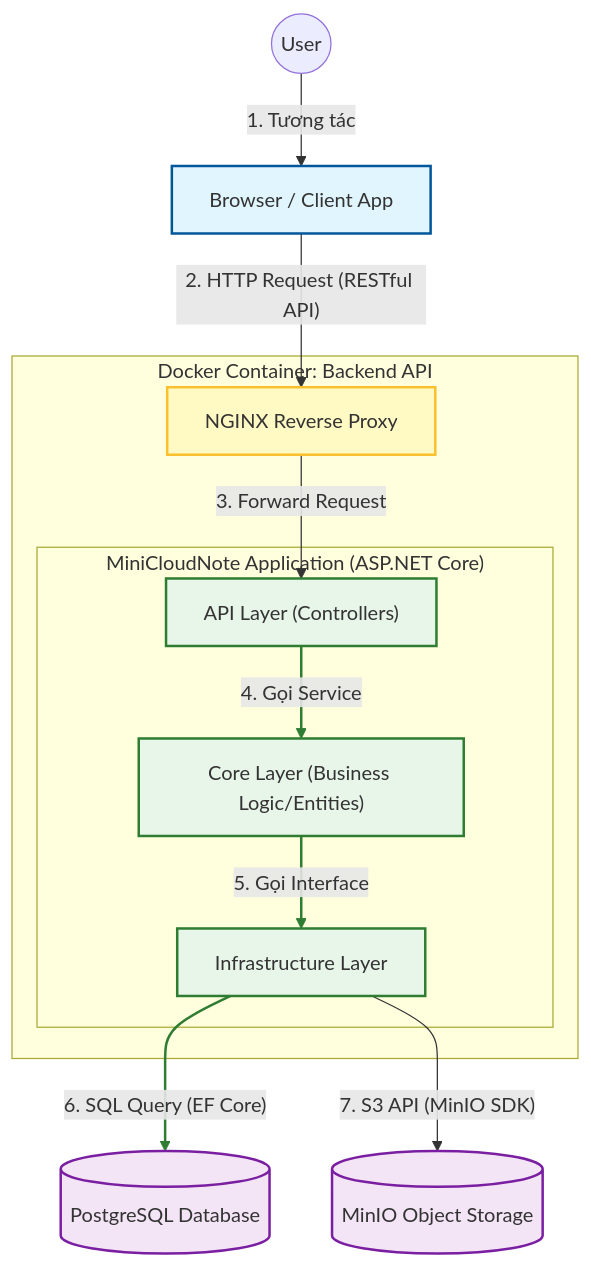
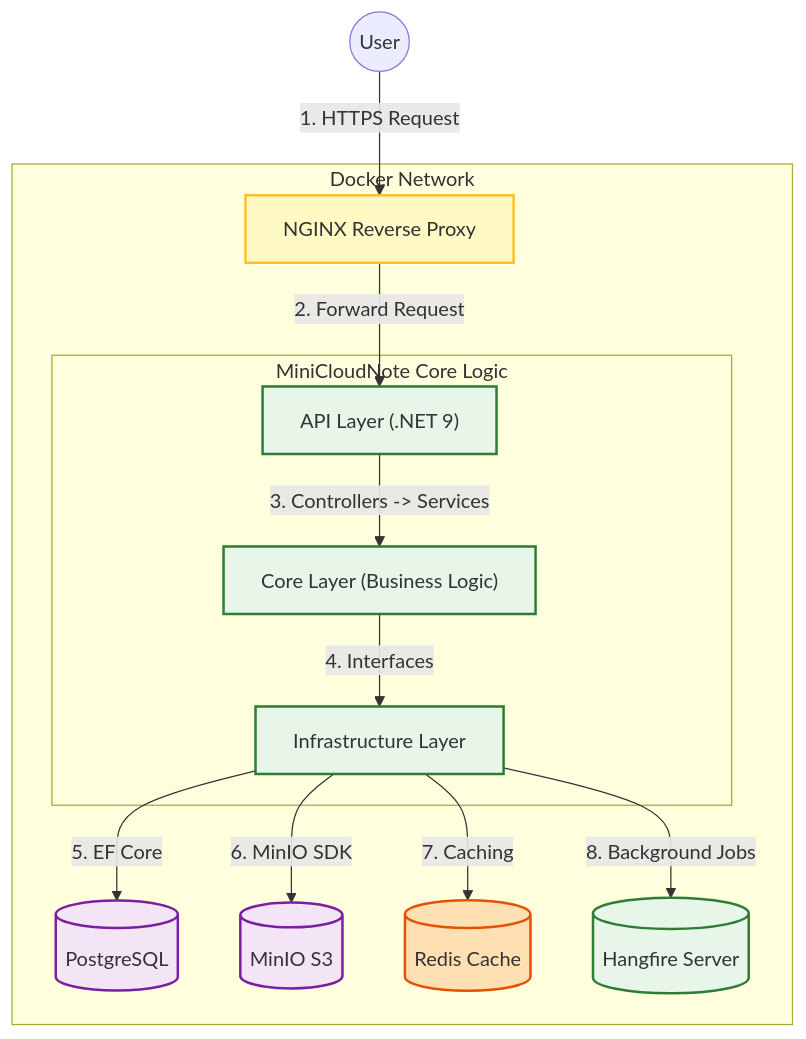
One commit to PHThai254/MiniCloudNote changed the diagram in README.md. Above: the diagram before and after it, drawn with Mermaid. The commit also changed other lines of this file, not shown here.

````diff
--- a/README.md
+++ b/README.md
@@ -15,31 +29,28 @@
 ```mermaid
 graph TD
-    %% Định nghĩa Style (Màu sắc)
+    %% Define Styles
     classDef client fill:#e1f5fe,stroke:#01579b,stroke-width:2px;
     classDef proxy fill:#fff9c4,stroke:#fbc02d,stroke-width:2px;
     classDef app fill:#e8f5e9,stroke:#2e7d32,stroke-width:2px;
     classDef db fill:#f3e5f5,stroke:#7b1fa2,stroke-width:2px;
+    classDef cache fill:#ffe0b2,stroke:#e65100,stroke-width:2px;
 
-    %% User và Client
-    User((User)) -->|"1. Tương tác"| Browser["Browser / Client App"]:::client
+    %% Client Layer
+    User((User)) -->|"1. HTTPS Request"| NGINX["NGINX Reverse Proxy"]:::proxy
 
-    %% Entry Point
-    Browser -->|"2. HTTP Request (RESTful API)"| NGINX["NGINX Reverse Proxy"]:::proxy
+    %% Backend Container
+    subgraph "Docker Network"
+        NGINX -->|"2. Forward Request"| API["API Layer (.NET 9)"]:::app
+        
+        subgraph "MiniCloudNote Core Logic"
+            API -->|"3. Controllers -> Services"| Core["Core Layer (Business Logic)"]:::app
+            Core -->|"4. Interfaces"| Infra["Infrastructure Layer"]:::app
+        end
 
-    %% Backend Application (Clean Architecture)
-    subgraph "Docker Container: Backend API"
-        NGINX -->|"3. Forward Request"| API_Layer["API Layer (Controllers)"]:::app
-        
-        subgraph "MiniCloudNote Application (ASP.NET Core)"
-            API_Layer -->|"4. Gọi Service"| Core_Layer["Core Layer (Business Logic/Entities)"]:::app
-            Core_Layer -->|"5. Gọi Interface"| Infra_Layer["Infrastructure Layer"]:::app
-        end
+        %% Data Layer
+        Infra -->|"5. EF Core"| PG[("PostgreSQL")]:::db
+        Infra -->|"6. MinIO SDK"| MinIO[("MinIO S3")]:::db
+        Infra -->|"7. Caching"| Redis[("Redis Cache")]:::cache
+        Infra -->|"8. Background Jobs"| Hangfire[("Hangfire Server")]:::app
     end
-
-    %% External Infrastructure
-    Infra_Layer -->|"6. SQL Query (EF Core)"| PG[("PostgreSQL Database")]:::db
-    Infra_Layer -->|"7. S3 API (MinIO SDK)"| MinIO[("MinIO Object Storage")]:::db
-
-    %% Style cho đường nối
-    linkStyle 3,4,5 stroke:#2e7d32,stroke-width:2px;
 ```
````
